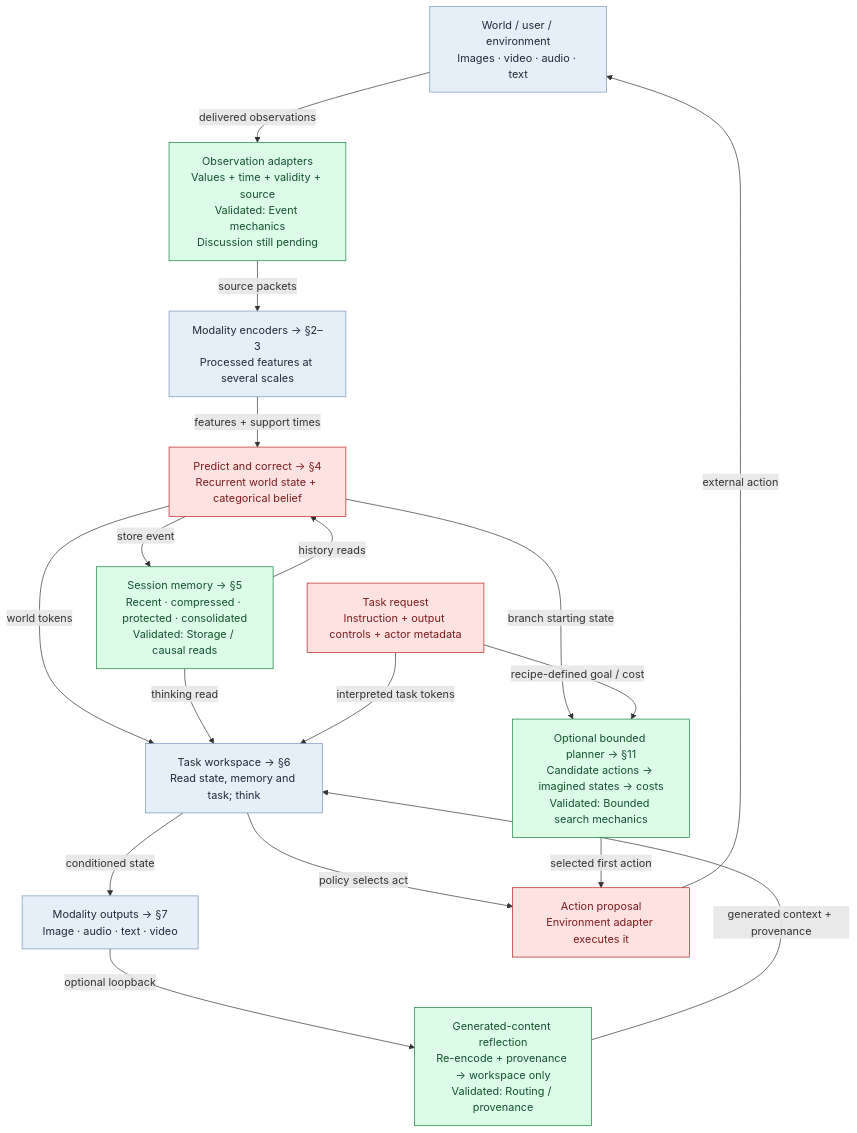
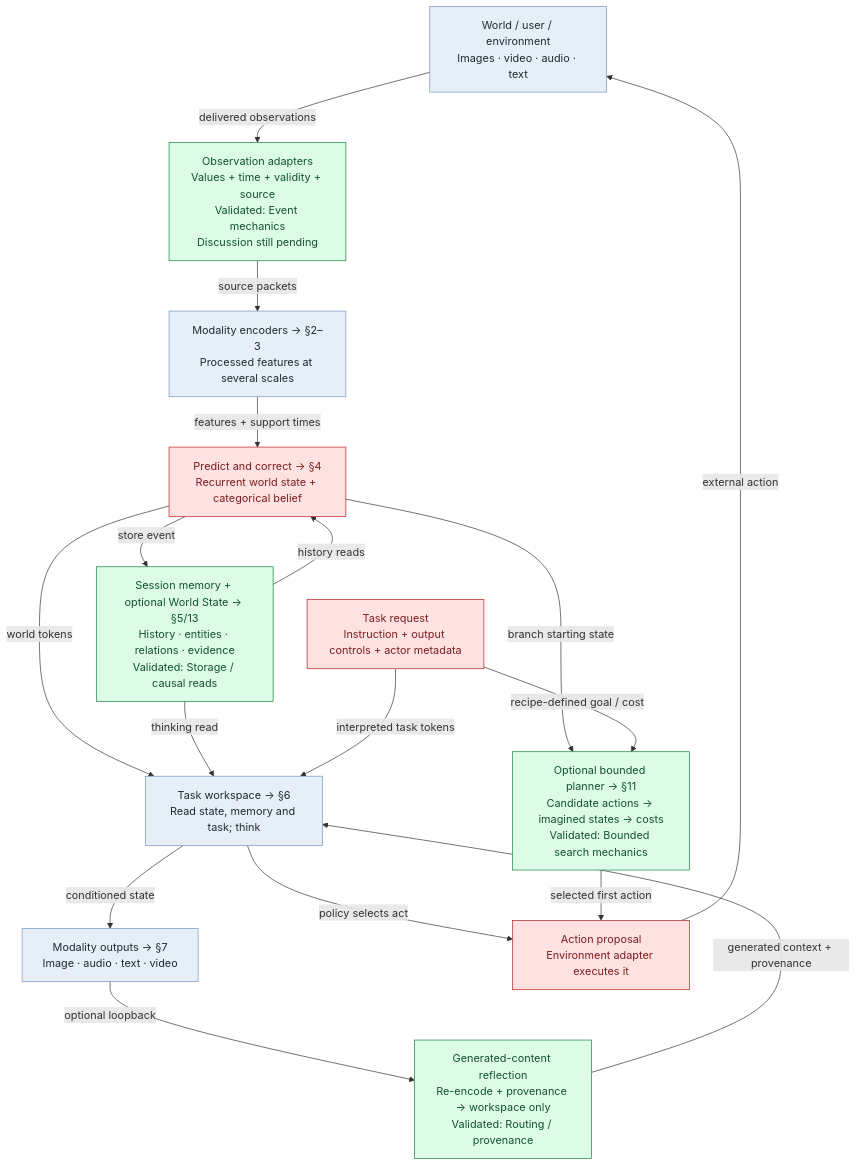
The first of 13 diagrams in docs/architecture-atlas.md (intrinsicD/path-wm), drawn with Mermaid before and after one commit. The commit also changed other lines of this file and 11 other files, not shown here.

````diff
--- a/docs/architecture-atlas.md
+++ b/docs/architecture-atlas.md
@@ -35,44 +35,44 @@
 ```mermaid
 flowchart TB
     world["World / user / environment<br/>Images · video · audio · text"]
     class world discussion_discussed;
     input["Observation adapters<br/>Values + time + validity + source<br/>Validated: Event mechanics<br/>Discussion still pending"]
     class input discussion_validated;
     encode["Modality encoders → §2–3<br/>Processed features at several scales"]
     class encode discussion_discussed;
     belief["Predict and correct → §4<br/>Recurrent world state + categorical belief"]
     class belief discussion_needs_discussion;
-    memory["Session memory → §5<br/>Recent · compressed · protected · consolidated<br/>Validated: Storage / causal reads"]
+    memory["Session memory + optional World State → §5/13<br/>History · entities · relations · evidence<br/>Validated: Storage / causal reads"]
     class memory discussion_validated;
     workspace["Task workspace → §6<br/>Read state, memory and task; think"]
     class workspace discussion_discussed;
     request["Task request<br/>Instruction + output controls + actor metadata"]
     class request discussion_needs_discussion;
     plan["Optional bounded planner → §11<br/>Candidate actions → imagined states → costs<br/>Validated: Bounded search mechanics"]
     class plan discussion_validated;
     emit["Modality outputs → §7<br/>Image · audio · text · video"]
     class emit discussion_discussed;
     act["Action proposal<br/>Environment adapter executes it"]
     class act discussion_needs_discussion;
     reflect["Generated-content reflection<br/>Re-encode + provenance → workspace only<br/>Validated: Routing / provenance"]
     class reflect discussion_validated;
     world -->|"delivered observations"| input
     input -->|"source packets"| encode
     encode -->|"features + support times"| belief
     belief -->|"store event"| memory
     memory -->|"history reads"| belief
     belief -->|"world tokens"| workspace
     memory -->|"thinking read"| workspace
     request -->|"interpreted task tokens"| workspace
     workspace -->|"conditioned state"| emit
     workspace -->|"policy selects act"| act
     belief -->|"branch starting state"| plan
     request -->|"recipe-defined goal / cost"| plan
     plan -->|"selected first action"| act
     act -->|"external action"| world
     emit -->|"optional loopback"| reflect
     reflect -->|"generated context + provenance"| workspace
     classDef discussion_discussed fill:#e6eef8,stroke:#7696bc,color:#202a36;
     classDef discussion_needs_discussion fill:#fee2e2,stroke:#b91c1c,color:#7f1d1d;
     classDef discussion_validated fill:#dcfce7,stroke:#15803d,color:#14532d;
 ```
````
